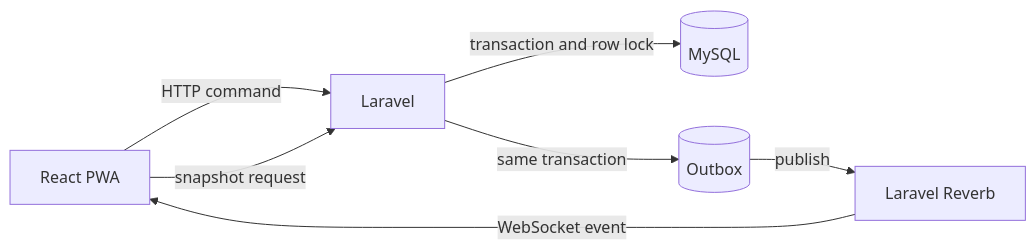
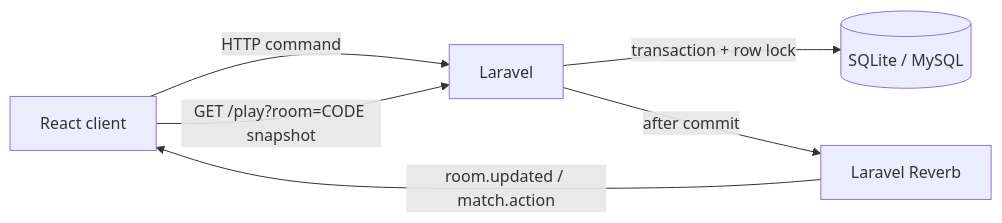
One commit to berthojoris/ludo-online-web changed the diagram in README.md. Above: the diagram before and after it, drawn with Mermaid. The commit also changed other lines of this file and 1 other file, not shown here.

Commit message:
fix: stack seated card actions below player info in room lobby

````diff
--- a/README.md
+++ b/README.md
@@ -142,9 +154,8 @@
 ```mermaid
 flowchart LR
-    C[React PWA] -->|HTTP command| L[Laravel]
-    L -->|transaction and row lock| DB[(MySQL)]
-    L -->|same transaction| O[(Outbox)]
-    O -->|publish| R[Laravel Reverb]
-    R -->|WebSocket event| C
-    C -->|snapshot request| L
+    C[React client] -->|HTTP command| L[Laravel]
+    L -->|transaction + row lock| DB[(SQLite / MySQL)]
+    L -->|after commit| R[Laravel Reverb]
+    R -->|room.updated / match.action| C
+    C -->|GET /play?room=CODE snapshot| L
 ```
````
